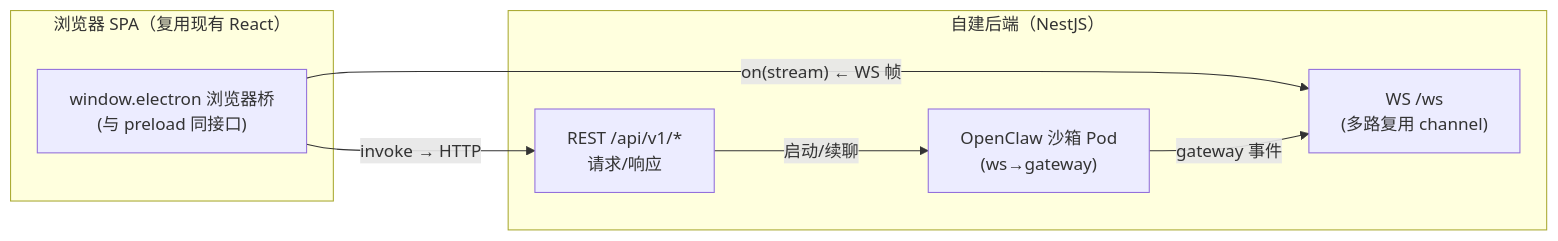
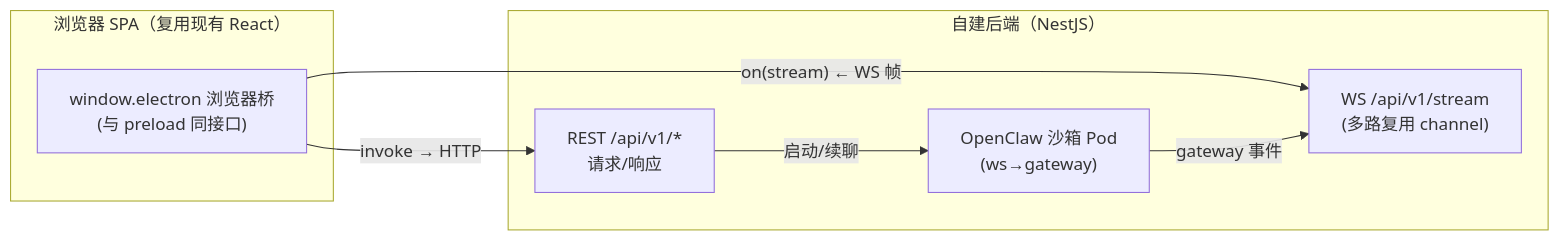
One commit to edward-ng-duke/LobsterAI changed the first of 2 diagrams in 改造计划/附录A-IPC通道与接口映射.md. Above: the diagram before and after it, drawn with Mermaid. The commit also changed other lines of this file and 22 other files, not shown here.

````diff
--- a/改造计划/附录A-IPC通道与接口映射.md
+++ b/改造计划/附录A-IPC通道与接口映射.md
@@ -25,15 +27,15 @@
 ```mermaid
 flowchart LR
   subgraph Renderer["浏览器 SPA（复用现有 React）"]
     Bridge["window.electron 浏览器桥\n(与 preload 同接口)"]
   end
   subgraph Backend["自建后端（NestJS）"]
     REST["REST /api/v1/*\n请求/响应"]
-    WS["WS /ws\n(多路复用 channel)"]
+    WS["WS /api/v1/stream\n(多路复用 channel)"]
     Sandbox["OpenClaw 沙箱 Pod\n(ws→gateway)"]
   end
   Bridge -- "invoke → HTTP" --> REST
   Bridge -- "on(stream) ← WS 帧" --> WS
   REST -- "启动/续聊" --> Sandbox
   Sandbox -- "gateway 事件" --> WS
 ```
````
